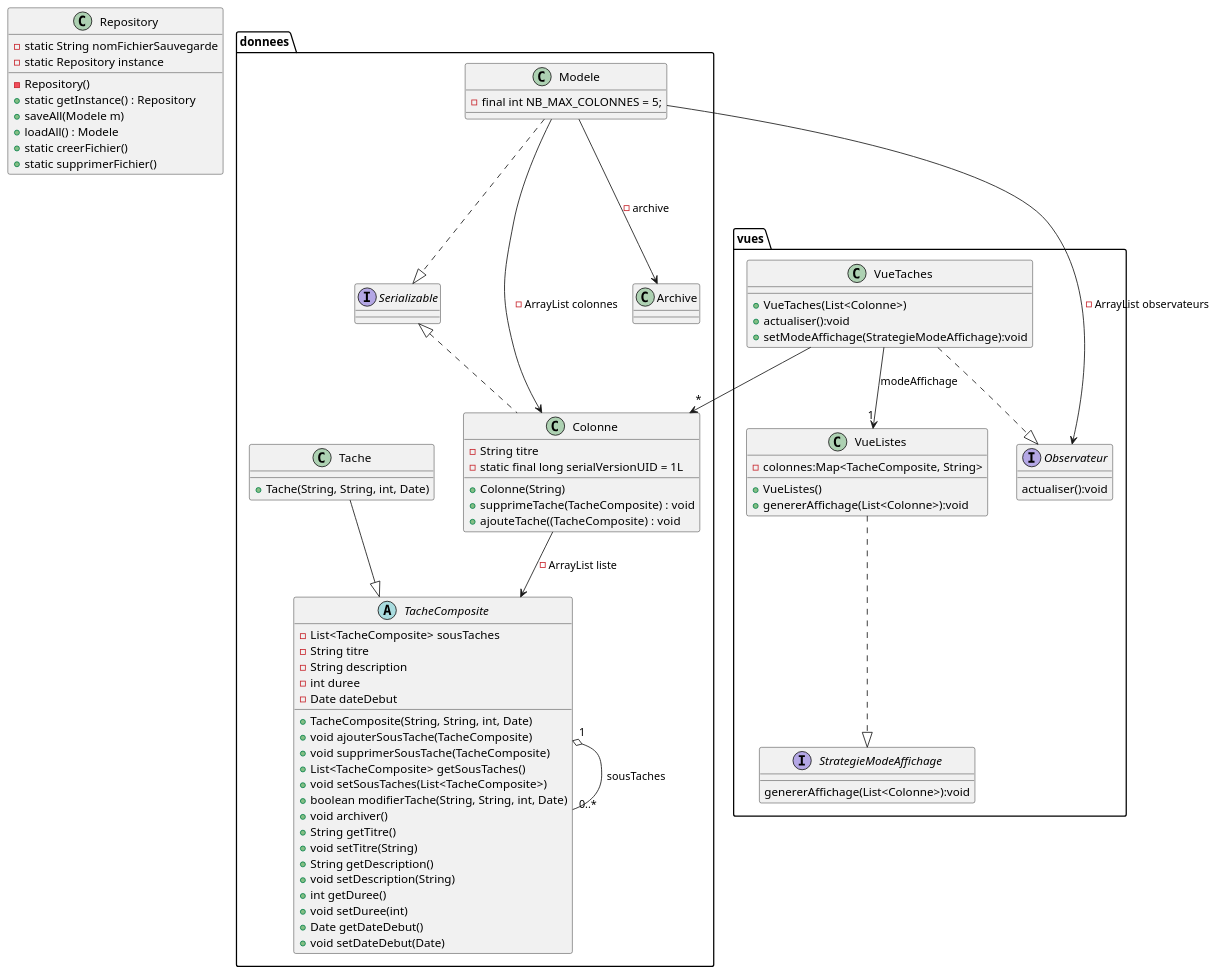
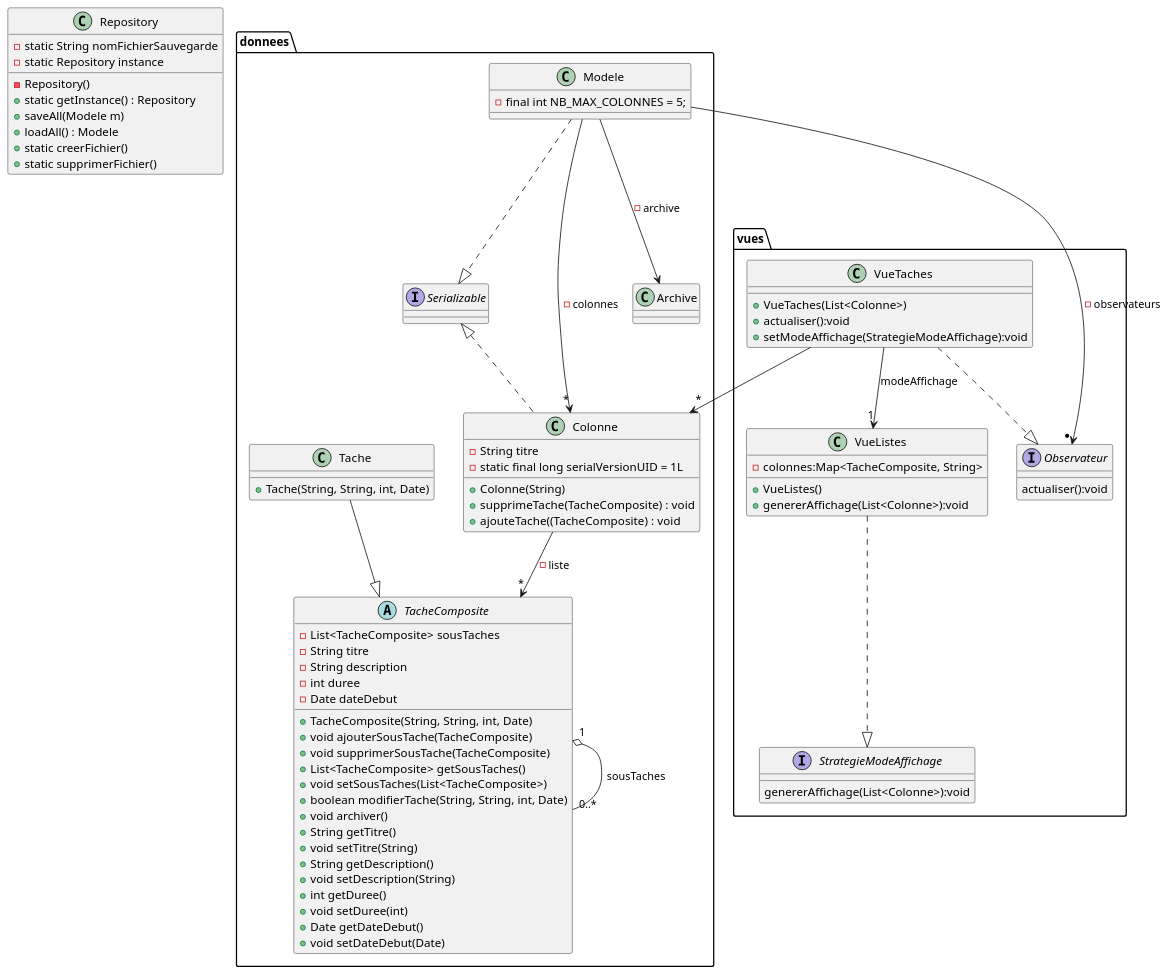
One commit to AlexanderCARNET/SAE_3_01_dev_application changed the diagram in Ollert_QDEV/diagrammes/iteration2/DiagrammClasses.puml. Above: the diagram before and after it, drawn with PlantUML. The commit also changed 1 other file, not shown here.

Commit message:
[Doc] Modification Diagramme de classe

```diff
--- a/Ollert_QDEV/diagrammes/iteration2/DiagrammClasses.puml
+++ b/Ollert_QDEV/diagrammes/iteration2/DiagrammClasses.puml
@@ -1,100 +1,100 @@
 @startuml
 
 package donnees {
 
     class Modele {
             - final int NB_MAX_COLONNES = 5;
         }
         Modele ..|> Serializable
-        Modele --> Colonne : - ArrayList colonnes
+        Modele --> "*" Colonne : - colonnes
 
         Modele --> Archive : - archive
 
     abstract class TacheComposite {
         - List<TacheComposite> sousTaches
         - String titre
         - String description
         - int duree
         - Date dateDebut
 
         + TacheComposite(String, String, int, Date)
         + void ajouterSousTache(TacheComposite)
         + void supprimerSousTache(TacheComposite)
         + List<TacheComposite> getSousTaches()
         + void setSousTaches(List<TacheComposite>)
         + boolean modifierTache(String, String, int, Date)
         + void archiver()
         + String getTitre()
         + void setTitre(String)
         + String getDescription()
         + void setDescription(String)
         + int getDuree()
         + void setDuree(int)
         + Date getDateDebut()
         + void setDateDebut(Date)
     }
 
     class Tache {
         + Tache(String, String, int, Date)
     }
 
     Tache --|> TacheComposite
 
     TacheComposite "1" o-- "0..*" TacheComposite : sousTaches
 
     interface Serializable
     class Colonne {
     - String titre
     - static final long serialVersionUID = 1L
     + Colonne(String)
     + supprimeTache(TacheComposite) : void
     + ajouteTache((TacheComposite) : void
 
     }
-    Colonne --> TacheComposite : - ArrayList liste
+    Colonne -->  "*" TacheComposite : - liste
     Colonne .u.|> Serializable
 }
 
 class Repository{
     - static String nomFichierSauvegarde
     - static Repository instance
     - Repository()
     + static getInstance() : Repository
     + saveAll(Modele m)
     + loadAll() : Modele
     + static creerFichier()
     + static supprimerFichier()
 }
 
 package vues{
     interface StrategieModeAffichage{
         genererAffichage(List<Colonne>):void
     }
 
     interface Observateur{
         actualiser():void
     }
 
     class VueListes{
         - colonnes:Map<TacheComposite, String>
 
         + VueListes()
         + genererAffichage(List<Colonne>):void
     }
 
     class VueTaches{
         + VueTaches(List<Colonne>)
         + actualiser():void
         + setModeAffichage(StrategieModeAffichage):void
     }
 }
 
 
 VueListes ..|> StrategieModeAffichage
 VueTaches ..|> Observateur
 
 VueTaches --> "1" VueListes:modeAffichage
 VueTaches --> "*" Colonne
-Modele --> Observateur : - ArrayList observateurs
+Modele --> "* "Observateur : - observateurs
 
 @enduml
```
